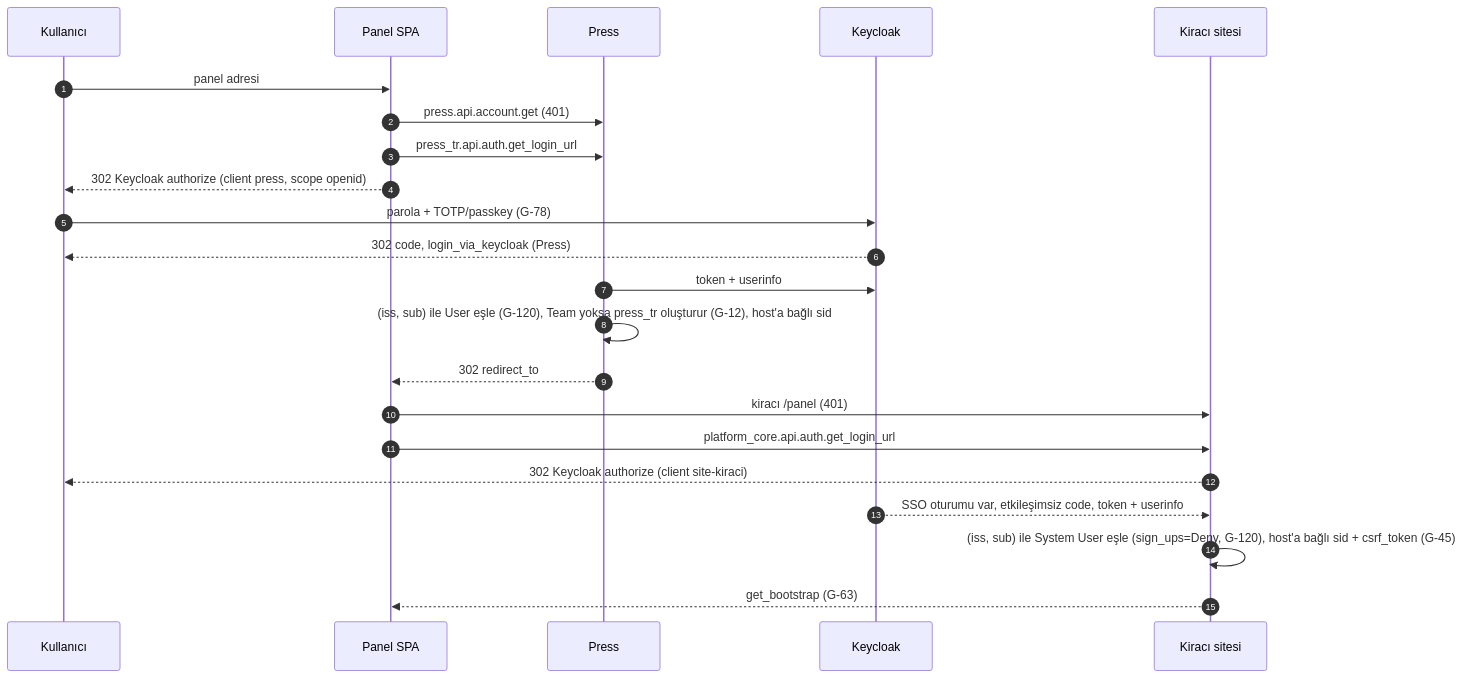
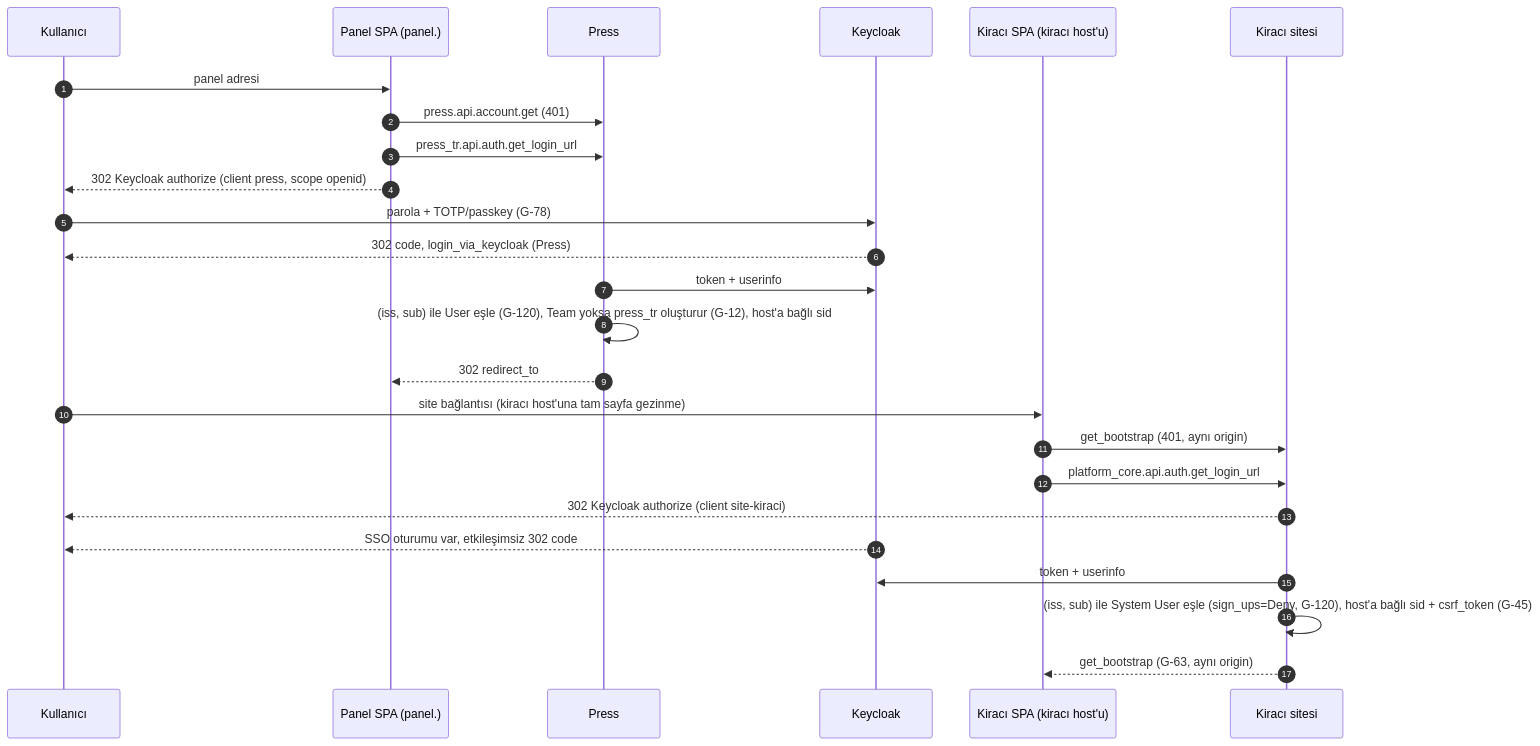
Before and after one commit to karacaismail/frappesetup: the first of 3 diagrams in src/content/docs/rail-4-keycloak.md, drawn with Mermaid. The commit also changed 29 other files, not shown here.

````diff
--- a/src/content/docs/rail-4-keycloak.md
+++ b/src/content/docs/rail-4-keycloak.md
@@ -45,24 +45,27 @@
 ```mermaid
 sequenceDiagram
   autonumber
   participant U as Kullanıcı
-  participant P as Panel SPA
+  participant P as Panel SPA (panel.)
   participant PR as Press
   participant K as Keycloak
+  participant T as Kiracı SPA (kiracı host'u)
   participant S as Kiracı sitesi
   U->>P: panel adresi
   P->>PR: press.api.account.get (401)
   P->>PR: press_tr.api.auth.get_login_url
   P-->>U: 302 Keycloak authorize (client press, scope openid)
   U->>K: parola + TOTP/passkey (G-78)
   K-->>U: 302 code, login_via_keycloak (Press)
   PR->>K: token + userinfo
   PR->>PR: (iss, sub) ile User eşle (G-120), Team yoksa press_tr oluşturur (G-12), host'a bağlı sid
   PR-->>P: 302 redirect_to
-  P->>S: kiracı /panel (401)
-  P->>S: platform_core.api.auth.get_login_url
+  U->>T: site bağlantısı (kiracı host'una tam sayfa gezinme)
+  T->>S: get_bootstrap (401, aynı origin)
+  T->>S: platform_core.api.auth.get_login_url
   S-->>U: 302 Keycloak authorize (client site-kiraci)
-  K-->>S: SSO oturumu var, etkileşimsiz code, token + userinfo
+  K-->>U: SSO oturumu var, etkileşimsiz 302 code
+  S->>K: token + userinfo
   S->>S: (iss, sub) ile System User eşle (sign_ups=Deny, G-120), host'a bağlı sid + csrf_token (G-45)
-  S-->>P: get_bootstrap (G-63)
+  S-->>T: get_bootstrap (G-63, aynı origin)
 ```
````
